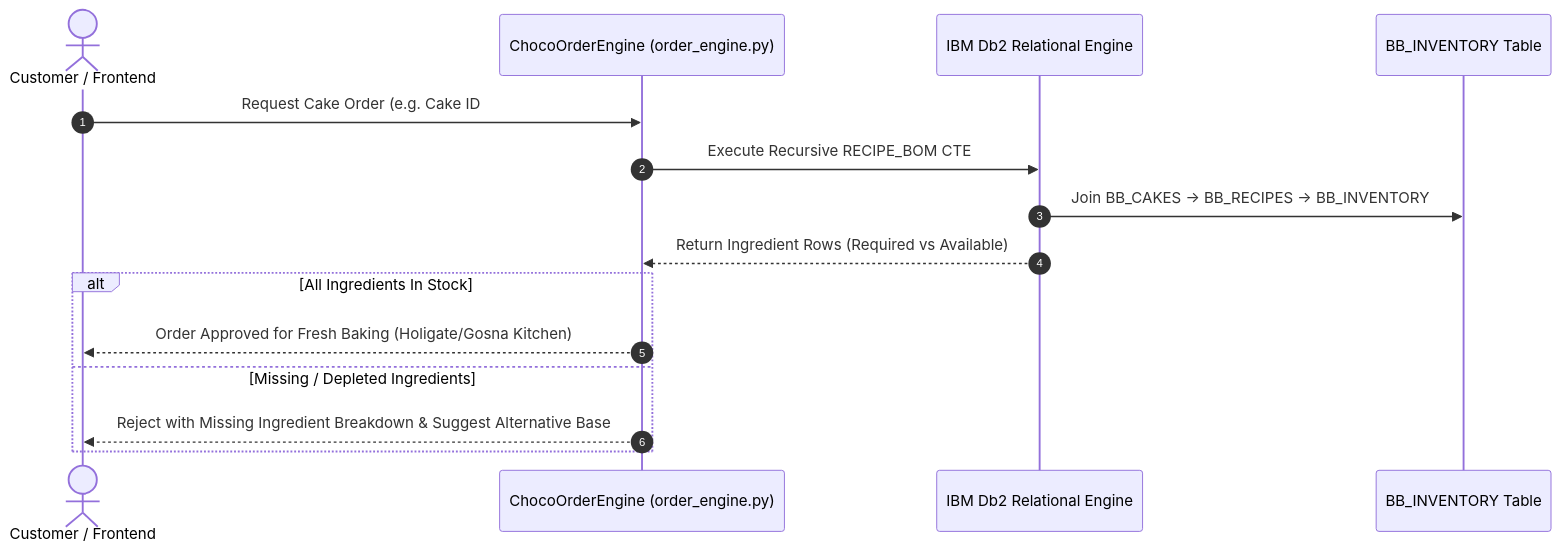
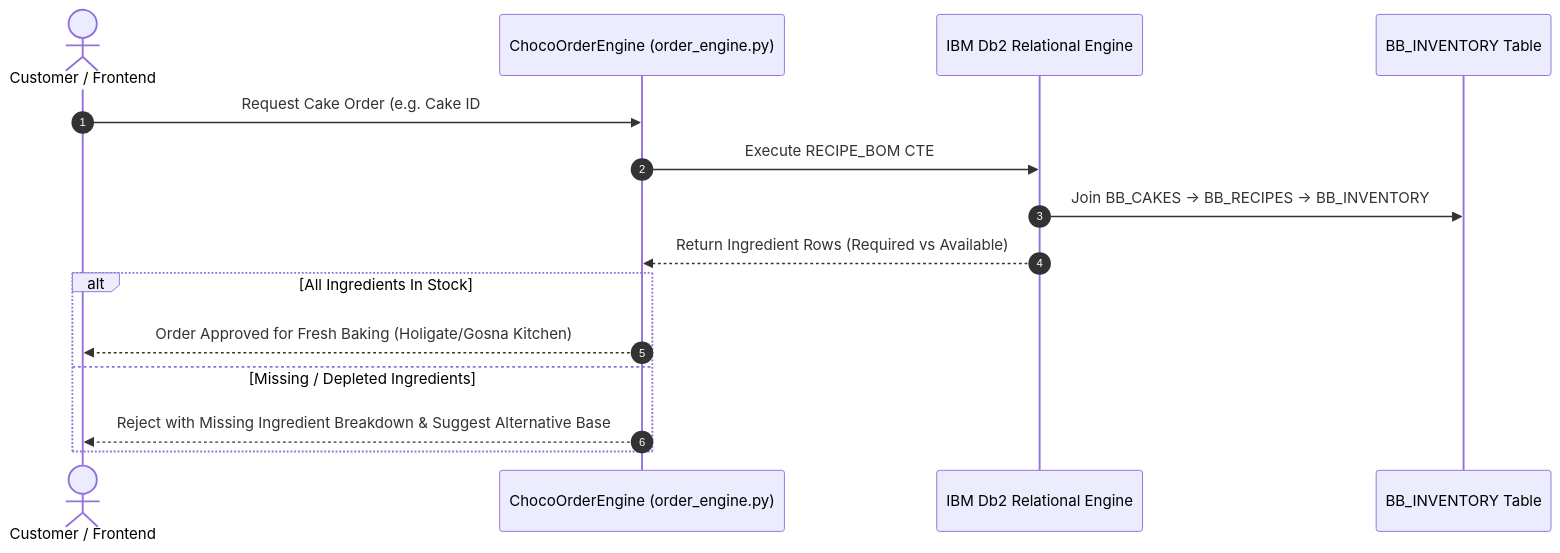
The second of 4 diagrams in submissions/bakebox-choco-ai/architecture.md (AYUSHDHANGAR/IBM_Db2_TechX_Project_Submission), drawn with Mermaid before and after one commit. The commit also changed other lines of this file and 17 other files, not shown here.

````diff
--- a/submissions/bakebox-choco-ai/architecture.md
+++ b/submissions/bakebox-choco-ai/architecture.md
@@ -242,18 +322,18 @@
 ```mermaid
 sequenceDiagram
     autonumber
     actor Customer as Customer / Frontend
     participant Engine as ChocoOrderEngine (order_engine.py)
     participant Db2 as IBM Db2 Relational Engine
     participant Inventory as BB_INVENTORY Table
 
     Customer->>Engine: Request Cake Order (e.g. Cake ID #1)
-    Engine->>Db2: Execute Recursive RECIPE_BOM CTE
+    Engine->>Db2: Execute RECIPE_BOM CTE
     Db2->>Inventory: Join BB_CAKES -> BB_RECIPES -> BB_INVENTORY
     Db2-->>Engine: Return Ingredient Rows (Required vs Available)
     alt All Ingredients In Stock
         Engine-->>Customer: Order Approved for Fresh Baking (Holigate/Gosna Kitchen)
     else Missing / Depleted Ingredients
         Engine-->>Customer: Reject with Missing Ingredient Breakdown & Suggest Alternative Base
     end
 ```
````
